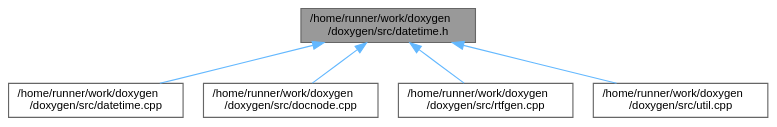
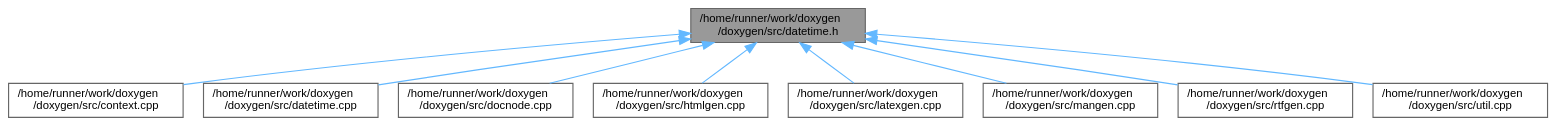
Before and after one commit to tim-gromeyer/doxygen: the diagram in d8/d98/datetime_8h__dep__incl.dot, drawn with Graphviz. The commit also changed 411 other files, not shown here.

```diff
--- a/d8/d98/datetime_8h__dep__incl.dot
+++ b/d8/d98/datetime_8h__dep__incl.dot
@@ -1,17 +1,25 @@
 digraph "/home/runner/work/doxygen/doxygen/src/datetime.h"
 {
  // INTERACTIVE_SVG=YES
  // LATEX_PDF_SIZE
   bgcolor="transparent";
   edge [fontname=Helvetica,fontsize=10,labelfontname=Helvetica,labelfontsize=10];
   node [fontname=Helvetica,fontsize=10,shape=box,height=0.2,width=0.4];
   Node1 [label="/home/runner/work/doxygen\l/doxygen/src/datetime.h",height=0.2,width=0.4,color="gray40", fillcolor="grey60", style="filled", fontcolor="black",tooltip=" "];
   Node1 -> Node2 [dir="back",color="steelblue1",style="solid"];
-  Node2 [label="/home/runner/work/doxygen\l/doxygen/src/datetime.cpp",height=0.2,width=0.4,color="grey40", fillcolor="white", style="filled",URL="$d7/d14/datetime_8cpp.html",tooltip=" "];
+  Node2 [label="/home/runner/work/doxygen\l/doxygen/src/context.cpp",height=0.2,width=0.4,color="grey40", fillcolor="white", style="filled",URL="$db/d12/context_8cpp.html",tooltip=" "];
   Node1 -> Node3 [dir="back",color="steelblue1",style="solid"];
-  Node3 [label="/home/runner/work/doxygen\l/doxygen/src/docnode.cpp",height=0.2,width=0.4,color="grey40", fillcolor="white", style="filled",URL="$d0/d2b/docnode_8cpp.html",tooltip=" "];
+  Node3 [label="/home/runner/work/doxygen\l/doxygen/src/datetime.cpp",height=0.2,width=0.4,color="grey40", fillcolor="white", style="filled",URL="$d7/d14/datetime_8cpp.html",tooltip=" "];
   Node1 -> Node4 [dir="back",color="steelblue1",style="solid"];
-  Node4 [label="/home/runner/work/doxygen\l/doxygen/src/rtfgen.cpp",height=0.2,width=0.4,color="grey40", fillcolor="white", style="filled",URL="$d0/d9c/rtfgen_8cpp.html",tooltip=" "];
+  Node4 [label="/home/runner/work/doxygen\l/doxygen/src/docnode.cpp",height=0.2,width=0.4,color="grey40", fillcolor="white", style="filled",URL="$d0/d2b/docnode_8cpp.html",tooltip=" "];
   Node1 -> Node5 [dir="back",color="steelblue1",style="solid"];
-  Node5 [label="/home/runner/work/doxygen\l/doxygen/src/util.cpp",height=0.2,width=0.4,color="grey40", fillcolor="white", style="filled",URL="$df/d2d/util_8cpp.html",tooltip=" "];
+  Node5 [label="/home/runner/work/doxygen\l/doxygen/src/htmlgen.cpp",height=0.2,width=0.4,color="grey40", fillcolor="white", style="filled",URL="$d8/d6e/htmlgen_8cpp.html",tooltip=" "];
+  Node1 -> Node6 [dir="back",color="steelblue1",style="solid"];
+  Node6 [label="/home/runner/work/doxygen\l/doxygen/src/latexgen.cpp",height=0.2,width=0.4,color="grey40", fillcolor="white", style="filled",URL="$d4/d42/latexgen_8cpp.html",tooltip=" "];
+  Node1 -> Node7 [dir="back",color="steelblue1",style="solid"];
+  Node7 [label="/home/runner/work/doxygen\l/doxygen/src/mangen.cpp",height=0.2,width=0.4,color="grey40", fillcolor="white", style="filled",URL="$d7/de7/mangen_8cpp.html",tooltip=" "];
+  Node1 -> Node8 [dir="back",color="steelblue1",style="solid"];
+  Node8 [label="/home/runner/work/doxygen\l/doxygen/src/rtfgen.cpp",height=0.2,width=0.4,color="grey40", fillcolor="white", style="filled",URL="$d0/d9c/rtfgen_8cpp.html",tooltip=" "];
+  Node1 -> Node9 [dir="back",color="steelblue1",style="solid"];
+  Node9 [label="/home/runner/work/doxygen\l/doxygen/src/util.cpp",height=0.2,width=0.4,color="grey40", fillcolor="white", style="filled",URL="$df/d2d/util_8cpp.html",tooltip=" "];
 }
```
